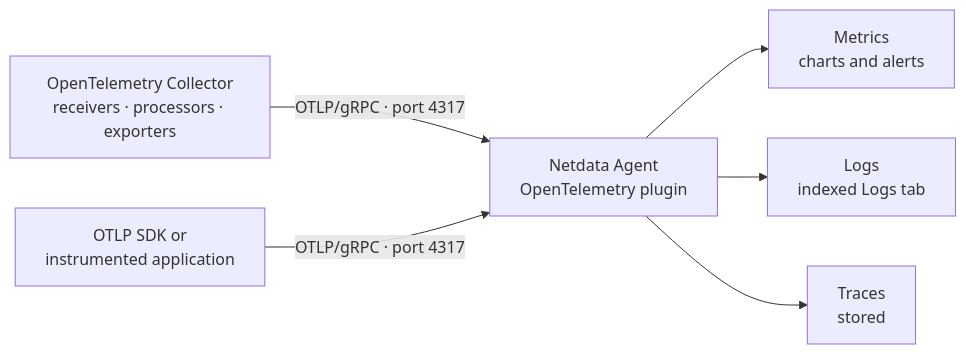
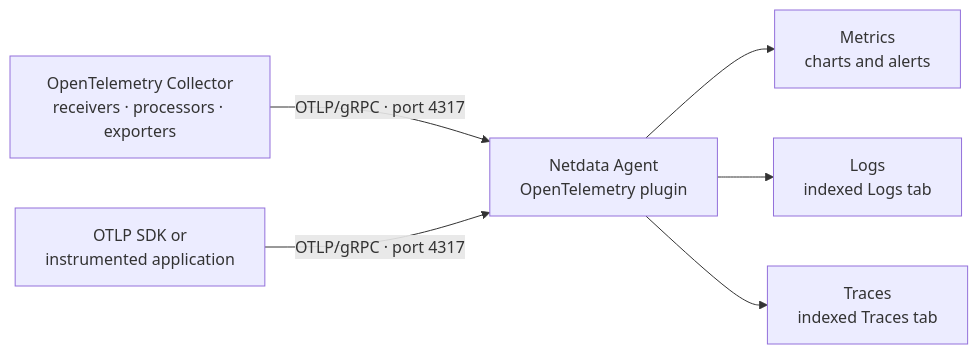
One commit to netdata/netdata changed the diagram in docs/opentelemetry/otlp-ingestion.md. Above: the diagram before and after it, drawn with Mermaid. The commit also changed other lines of this file and 12 other files, not shown here.

````diff
--- a/docs/opentelemetry/otlp-ingestion.md
+++ b/docs/opentelemetry/otlp-ingestion.md
@@ -17,8 +17,8 @@
 ```mermaid
 flowchart LR
     collector["OpenTelemetry Collector<br/>receivers · processors · exporters"] -->|"OTLP/gRPC · port 4317"| plugin["Netdata Agent<br/>OpenTelemetry plugin"]
     sdk["OTLP SDK or<br/>instrumented application"] -->|"OTLP/gRPC · port 4317"| plugin
     plugin --> metrics["Metrics<br/>charts and alerts"]
     plugin --> logs["Logs<br/>indexed Logs tab"]
-    plugin --> traces["Traces<br/>stored"]
+    plugin --> traces["Traces<br/>indexed Traces tab"]
 ```
````
